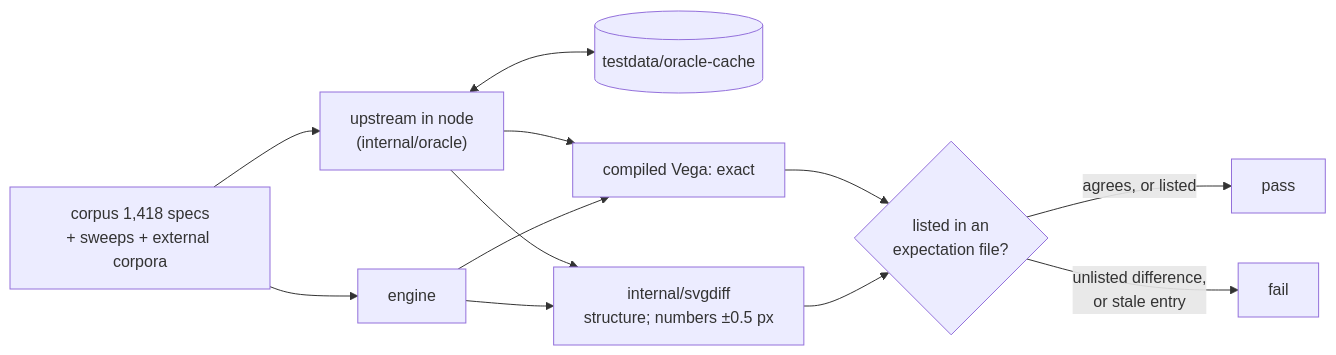
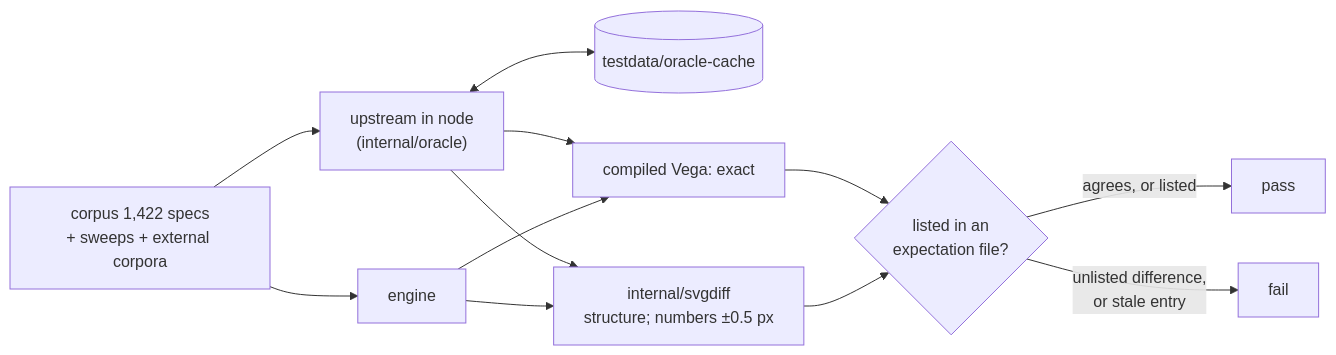
One commit to mgilbir/aster changed the diagram in docs/testing.md. Above: the diagram before and after it, drawn with Mermaid. The commit also changed other lines of this file and 51 other files, not shown here.

````diff
--- a/docs/testing.md
+++ b/docs/testing.md
@@ -19,14 +19,14 @@
 ```mermaid
 flowchart LR
-  C["corpus 1,418 specs<br/>+ sweeps + external corpora"] --> E["engine"]
+  C["corpus 1,422 specs<br/>+ sweeps + external corpora"] --> E["engine"]
   C --> N["upstream in node<br/>(internal/oracle)"]
   N <--> K[("testdata/oracle-cache")]
   E --> D["internal/svgdiff<br/>structure; numbers ±0.5 px"]
   N --> D
   E --> J["compiled Vega: exact"]
   N --> J
   D --> X{"listed in an<br/>expectation file?"}
   J --> X
   X -->|"agrees, or listed"| P["pass"]
   X -->|"unlisted difference,<br/>or stale entry"| F["fail"]
 ```
````
